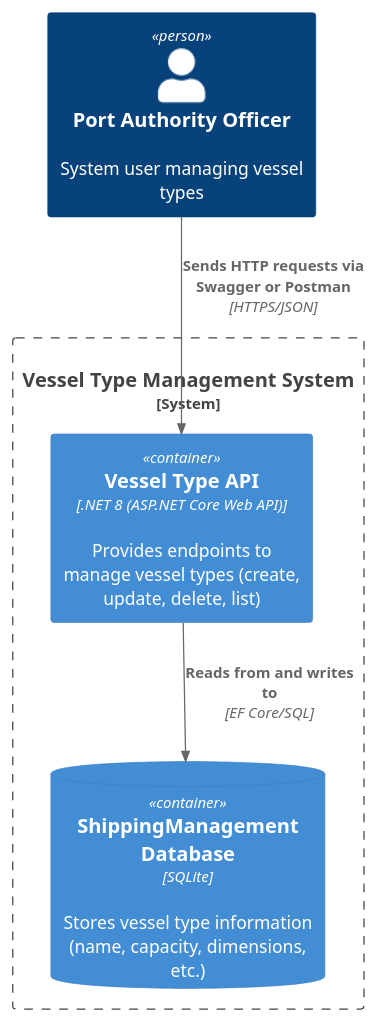
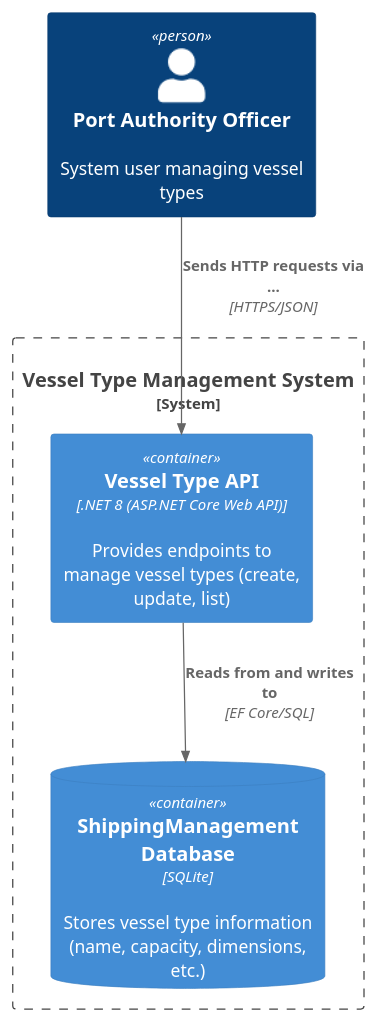
Before and after one commit to rubenFreitas1/ISEP-LAPR5-2025-2026: the diagram in docs/sprintA/us2.2.1/diagrams/containers_lvl2.puml, drawn with PlantUML. The commit also changed 4 other files, not shown here.

```diff
--- a/docs/sprintA/us2.2.1/diagrams/containers_lvl2.puml
+++ b/docs/sprintA/us2.2.1/diagrams/containers_lvl2.puml
@@ -1,14 +1,14 @@
 @startuml VesselTypeContainers
 !include https://raw.githubusercontent.com/plantuml-stdlib/C4-PlantUML/master/C4_Container.puml
 
 Person(user, "Port Authority Officer", "System user managing vessel types")
 
 System_Boundary(system, "Vessel Type Management System") {
-Container(api, "Vessel Type API", ".NET 8 (ASP.NET Core Web API)", "Provides endpoints to manage vessel types (create, update, delete, list)")
+Container(api, "Vessel Type API", ".NET 8 (ASP.NET Core Web API)", "Provides endpoints to manage vessel types (create, update, list)")
 ContainerDb(db, "ShippingManagement Database", "SQLite", "Stores vessel type information (name, capacity, dimensions, etc.)")
 }
 
-Rel(user, api, "Sends HTTP requests via Swagger or Postman", "HTTPS/JSON")
+Rel(user, api, "Sends HTTP requests via ...", "HTTPS/JSON")
 Rel(api, db, "Reads from and writes to", "EF Core/SQL")
 
 @enduml
```
